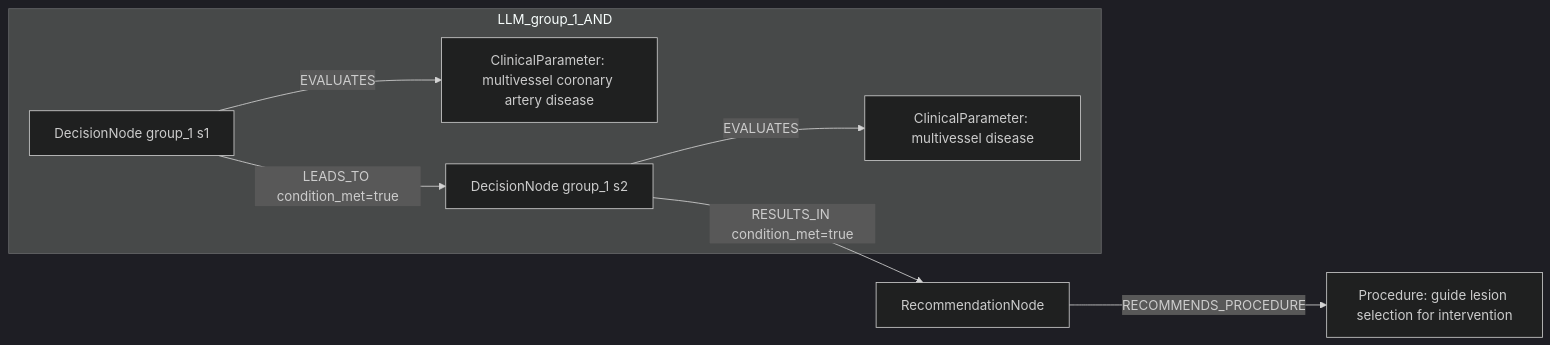
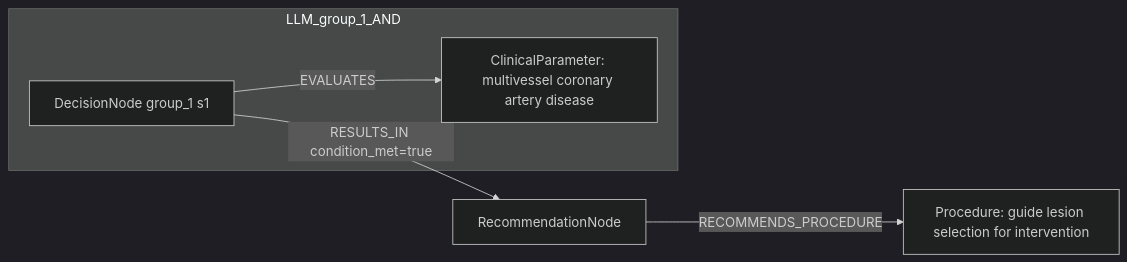
Before and after one commit to dieterich-lab/CardioGuidelinesGraph: the second of 2 diagrams in docs/table22_rows_comparison/row_17.md, drawn with Mermaid (dark theme). The commit also changed other lines of this file and 20 other files, not shown here.

````diff
--- a/docs/table22_rows_comparison/row_17.md
+++ b/docs/table22_rows_comparison/row_17.md
@@ -193,16 +164,12 @@
 ```mermaid
 graph LR
   REC[RecommendationNode]
   ACT1[Procedure: guide lesion selection for intervention]
   REC -->|RECOMMENDS_PROCEDURE| ACT1
   subgraph LLM_group_1_AND
     D_group_1_1[DecisionNode group_1 s1]
     C_group_1_1[ClinicalParameter: multivessel coronary artery disease]
     D_group_1_1 -->|EVALUATES| C_group_1_1
-    D_group_1_2[DecisionNode group_1 s2]
-    C_group_1_2[ClinicalParameter: multivessel disease]
-    D_group_1_2 -->|EVALUATES| C_group_1_2
-    D_group_1_1 -->|LEADS_TO condition_met=true| D_group_1_2
   end
-  D_group_1_2 -->|RESULTS_IN condition_met=true| REC
+  D_group_1_1 -->|RESULTS_IN condition_met=true| REC
 ```
````
